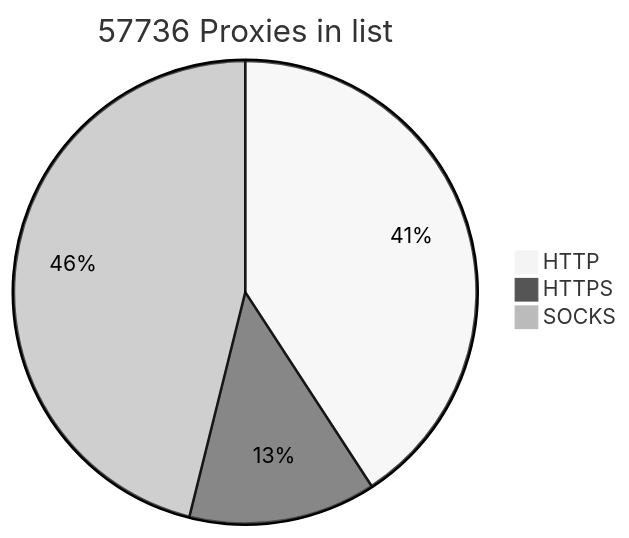
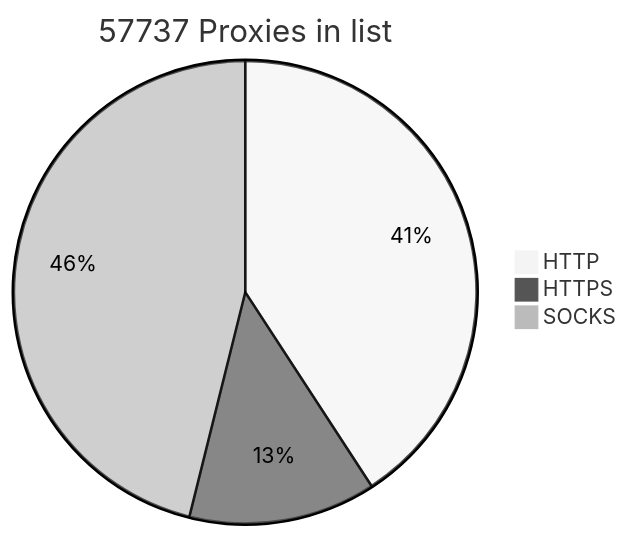
The diagram in README.md (BlackSnowDot/proxylist-update-every-minute), drawn with Mermaid (neutral theme) before and after one commit.

````diff
--- a/README.md
+++ b/README.md
@@ -2,6 +2,6 @@
 ```mermaid
-pie title 57736 Proxies in list
-    "HTTP" : 26475
+pie title 57737 Proxies in list
+    "HTTP" : 26476
     "HTTPS": 8483
     "SOCKS" : 29920
 ```
````
